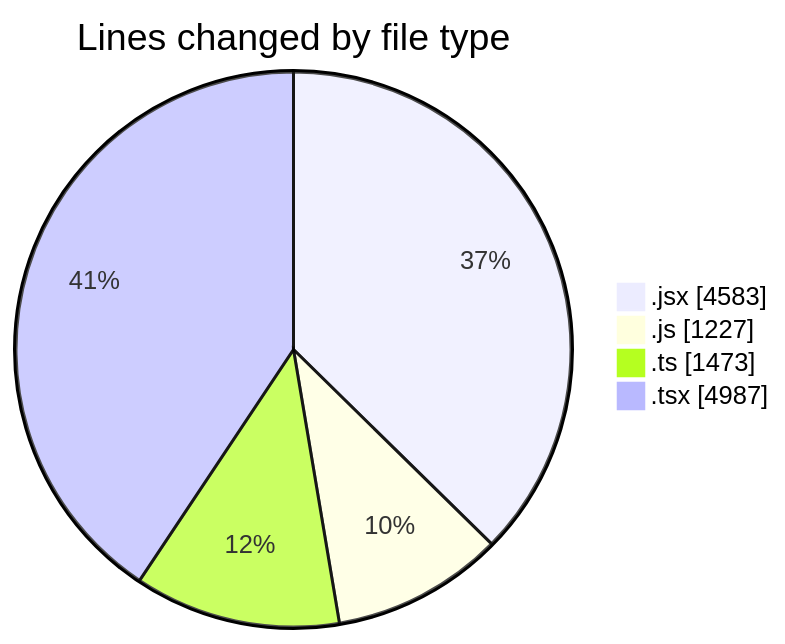
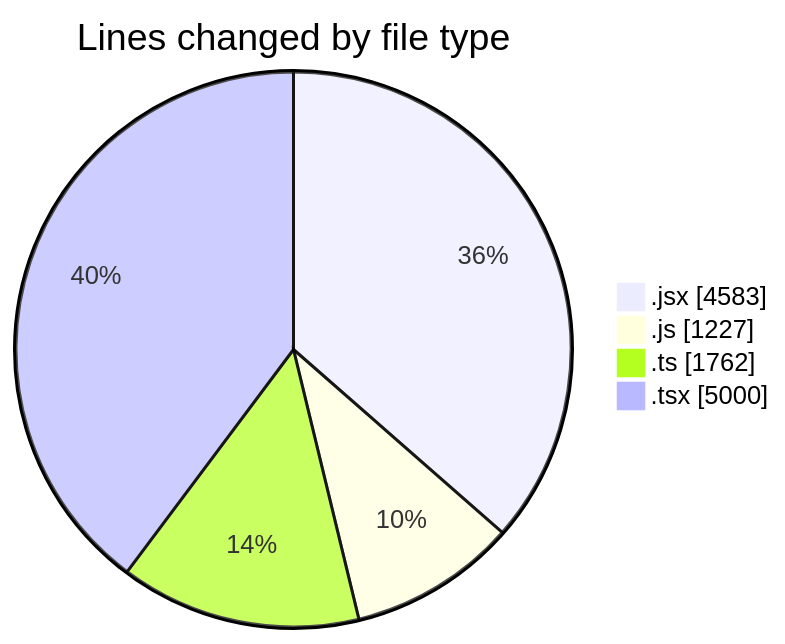
The first of 2 diagrams in 2026-01-21/nxtqube_webapp/README.md (nxtqubesakshisongat/code-tracking), drawn with Mermaid before and after one commit. The commit also changed other lines of this file and 1 other file, not shown here.

````diff
--- a/2026-01-21/nxtqube_webapp/README.md
+++ b/2026-01-21/nxtqube_webapp/README.md
@@ -27,8 +27,8 @@
 ```mermaid
 pie showData
 title Lines changed by file type
 ".jsx" : 4583
 ".js" : 1227
-".ts" : 1473
-".tsx" : 4987
+".ts" : 1762
+".tsx" : 5000
 ```
````
